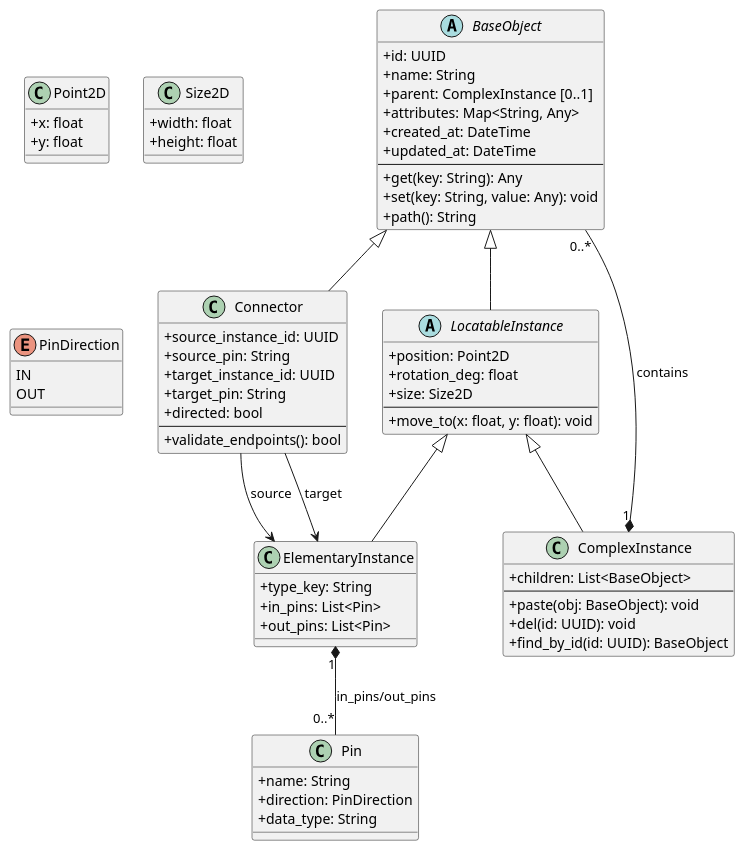
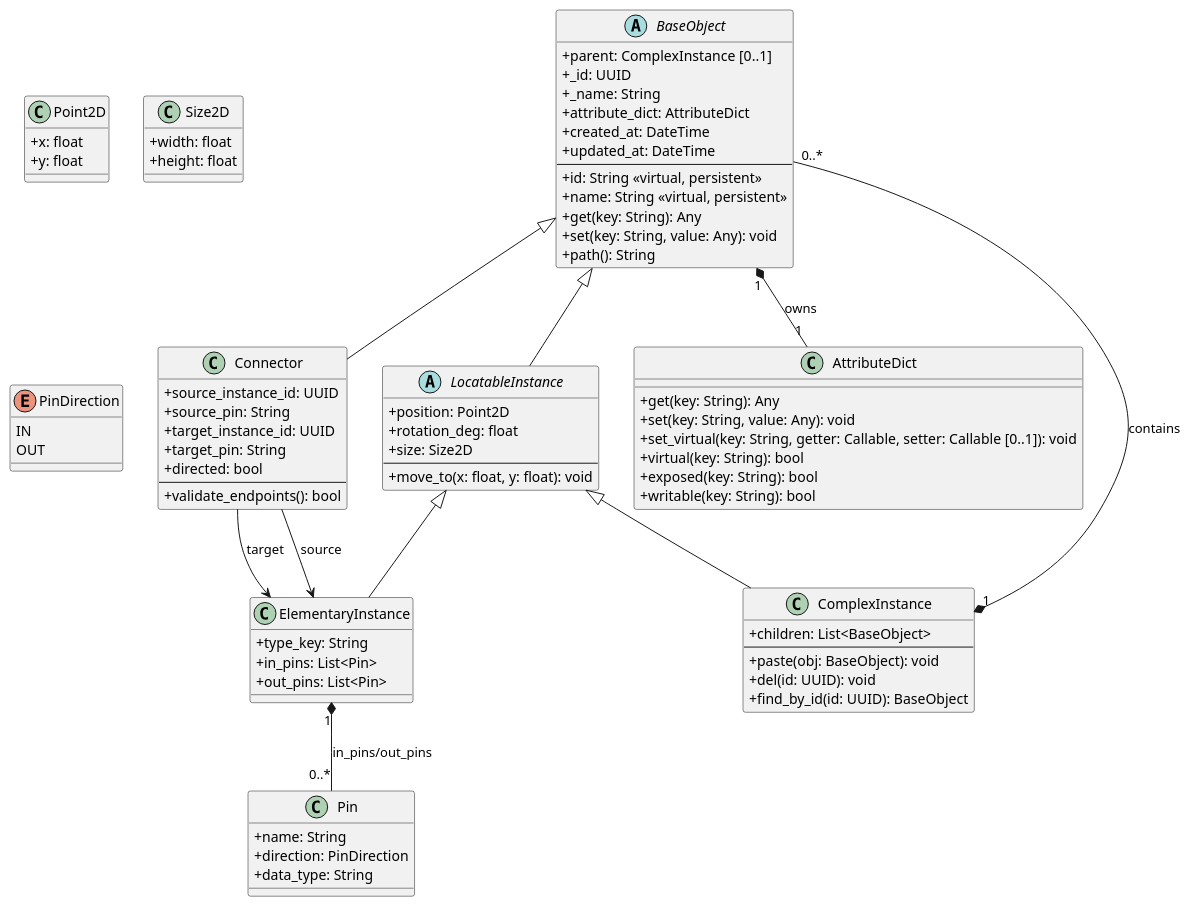
One commit to synarius-project/synarius-core changed the diagram in docs/concepts/data_model_uml.puml. Above: the diagram before and after it, drawn with PlantUML. The commit also changed 4 other files, not shown here.

```diff
--- a/docs/concepts/data_model_uml.puml
+++ b/docs/concepts/data_model_uml.puml
@@ -1,80 +1,92 @@
 @startuml
 skinparam classAttributeIconSize 0
 
 abstract class BaseObject {
-  +id: UUID
-  +name: String
   +parent: ComplexInstance [0..1]
-  +attributes: Map<String, Any>
+  +_id: UUID
+  +_name: String
+  +attribute_dict: AttributeDict
   +created_at: DateTime
   +updated_at: DateTime
   --
+  +id: String <<virtual, persistent>>
+  +name: String <<virtual, persistent>>
   +get(key: String): Any
   +set(key: String, value: Any): void
   +path(): String
 }
 
 abstract class LocatableInstance {
   +position: Point2D
   +rotation_deg: float
   +size: Size2D
   --
   +move_to(x: float, y: float): void
 }
 
 class ElementaryInstance {
   +type_key: String
   +in_pins: List<Pin>
   +out_pins: List<Pin>
 }
 
 class ComplexInstance {
   +children: List<BaseObject>
   --
   +paste(obj: BaseObject): void
   +del(id: UUID): void
   +find_by_id(id: UUID): BaseObject
 }
 
 class Connector {
   +source_instance_id: UUID
   +source_pin: String
   +target_instance_id: UUID
   +target_pin: String
   +directed: bool
   --
   +validate_endpoints(): bool
 }
 
 class Pin {
   +name: String
   +direction: PinDirection
   +data_type: String
 }
 
 class Point2D {
   +x: float
   +y: float
 }
 
 class Size2D {
   +width: float
   +height: float
 }
 
 enum PinDirection {
   IN
   OUT
 }
 
+class AttributeDict {
+  +get(key: String): Any
+  +set(key: String, value: Any): void
+  +set_virtual(key: String, getter: Callable, setter: Callable [0..1]): void
+  +virtual(key: String): bool
+  +exposed(key: String): bool
+  +writable(key: String): bool
+}
+
 BaseObject <|-- LocatableInstance
 LocatableInstance <|-- ElementaryInstance
 LocatableInstance <|-- ComplexInstance
 BaseObject <|-- Connector
 
 ComplexInstance "1" *-- "0..*" BaseObject : contains
 ElementaryInstance "1" *-- "0..*" Pin : in_pins/out_pins
+BaseObject "1" *-- "1" AttributeDict : owns
 
 Connector --> ElementaryInstance : source
 Connector --> ElementaryInstance : target
 @enduml
```
